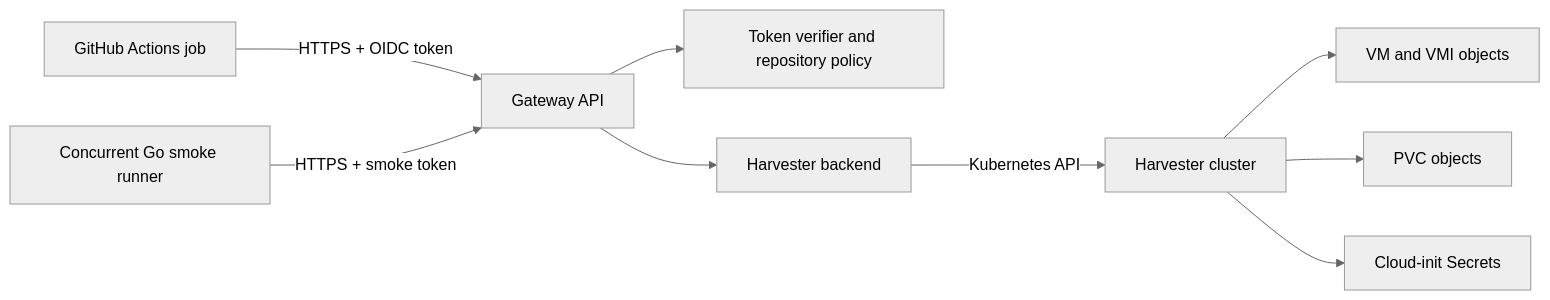
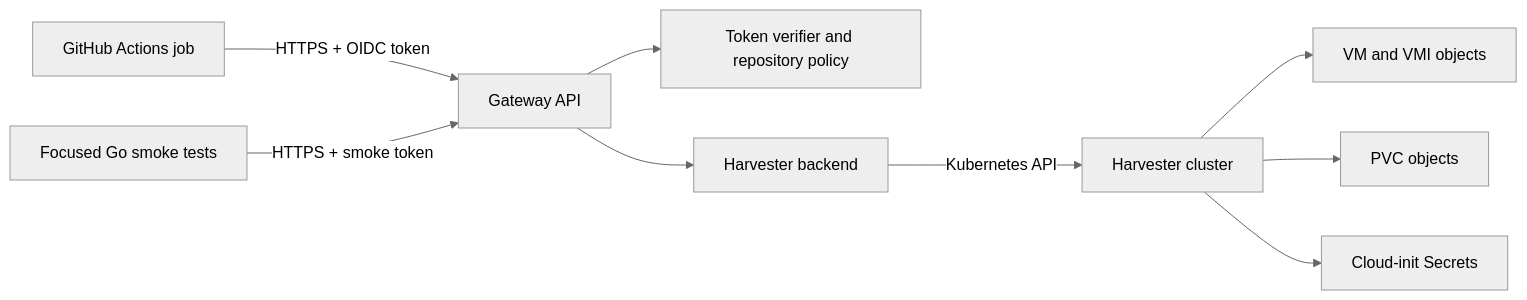
The diagram in ARCHITECTURE.md (bk201-org/harvester-runner-gateway), drawn with Mermaid (neutral theme) before and after one commit. The commit also changed 8 other files, not shown here.

````diff
--- a/ARCHITECTURE.md
+++ b/ARCHITECTURE.md
@@ -8,11 +8,11 @@
 ```mermaid
 flowchart LR
     Job[GitHub Actions job] -->|HTTPS + OIDC token| API[Gateway API]
-    Smoke[Concurrent Go smoke runner] -->|HTTPS + smoke token| API
+    Smoke[Focused Go smoke tests] -->|HTTPS + smoke token| API
     API --> Auth[Token verifier and repository policy]
     API --> Backend[Harvester backend]
     Backend -->|Kubernetes API| Cluster[Harvester cluster]
     Cluster --> VM[VM and VMI objects]
     Cluster --> PVC[PVC objects]
     Cluster --> Secret[Cloud-init Secrets]
 ```
````
